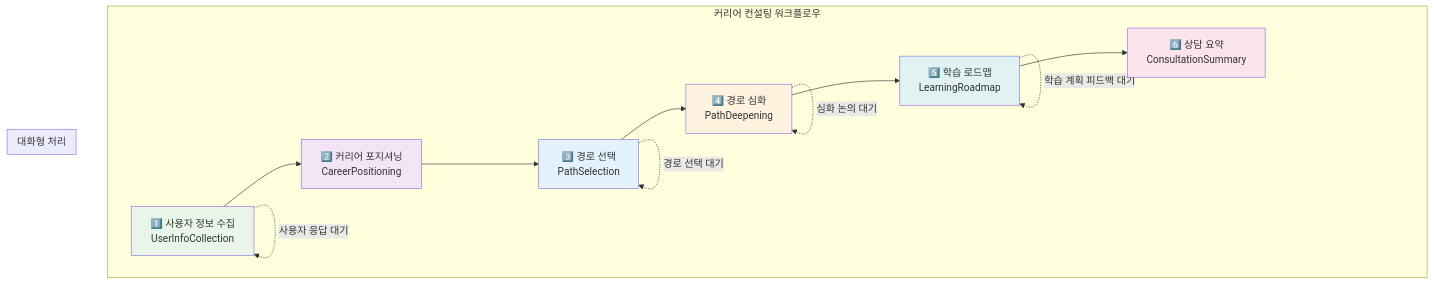
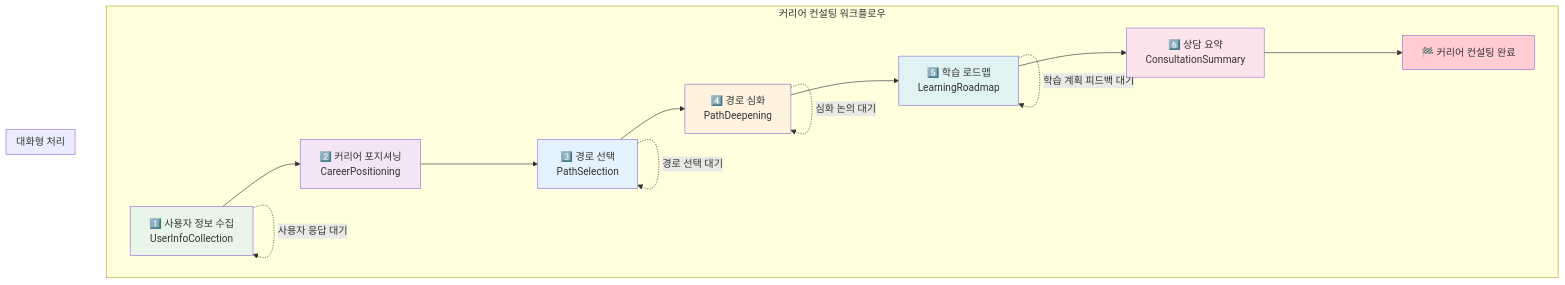
The fourth of 5 diagrams in README.md (SK4toB/g-navi-ai-api), drawn with Mermaid before and after one commit. The commit also changed other lines of this file, not shown here.

Commit message:
다이어그램 수정

````diff
--- a/README.md
+++ b/README.md
@@ -415,31 +414,34 @@
 ```mermaid
 graph TD
     subgraph "커리어 컨설팅 워크플로우"
         UIC[1️⃣ 사용자 정보 수집<br/>UserInfoCollection]
         CP[2️⃣ 커리어 포지셔닝<br/>CareerPositioning]
         PS[3️⃣ 경로 선택<br/>PathSelection]
         PD[4️⃣ 경로 심화<br/>PathDeepening]
         LR[5️⃣ 학습 로드맵<br/>LearningRoadmap]
         CS[6️⃣ 상담 요약<br/>ConsultationSummary]
+        END_CC[🏁 커리어 컨설팅 완료]
     end
     
     UIC --> CP
     CP --> PS
     PS --> PD
     PD --> LR
     LR --> CS
+    CS --> END_CC
     
     subgraph "대화형 처리"
         UIC -.-> |사용자 응답 대기| UIC
         PS -.-> |경로 선택 대기| PS
         PD -.-> |심화 논의 대기| PD
         LR -.-> |학습 계획 피드백 대기| LR
     end
     
     style UIC fill:#e8f5e8
     style CP fill:#f3e5f5
     style PS fill:#e3f2fd
     style PD fill:#fff3e0
     style LR fill:#e0f2f1
     style CS fill:#fce4ec
+    style END_CC fill:#ffcdd2
 ```
````
